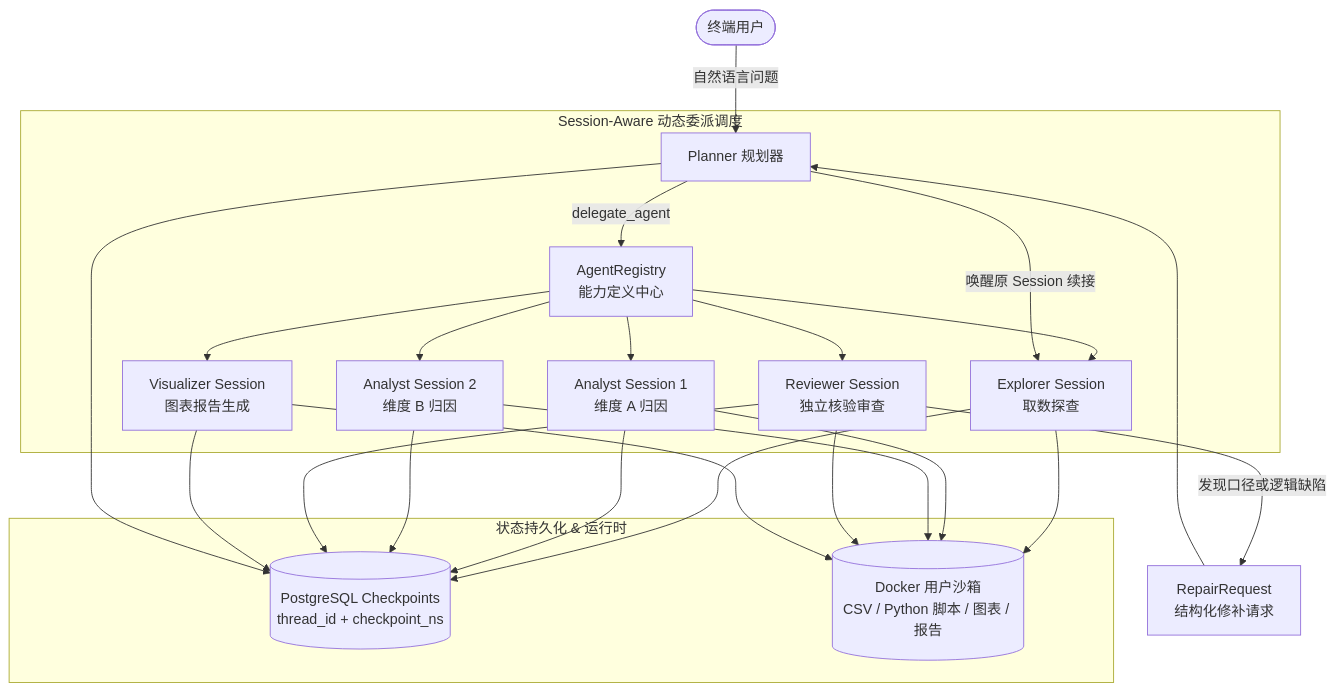
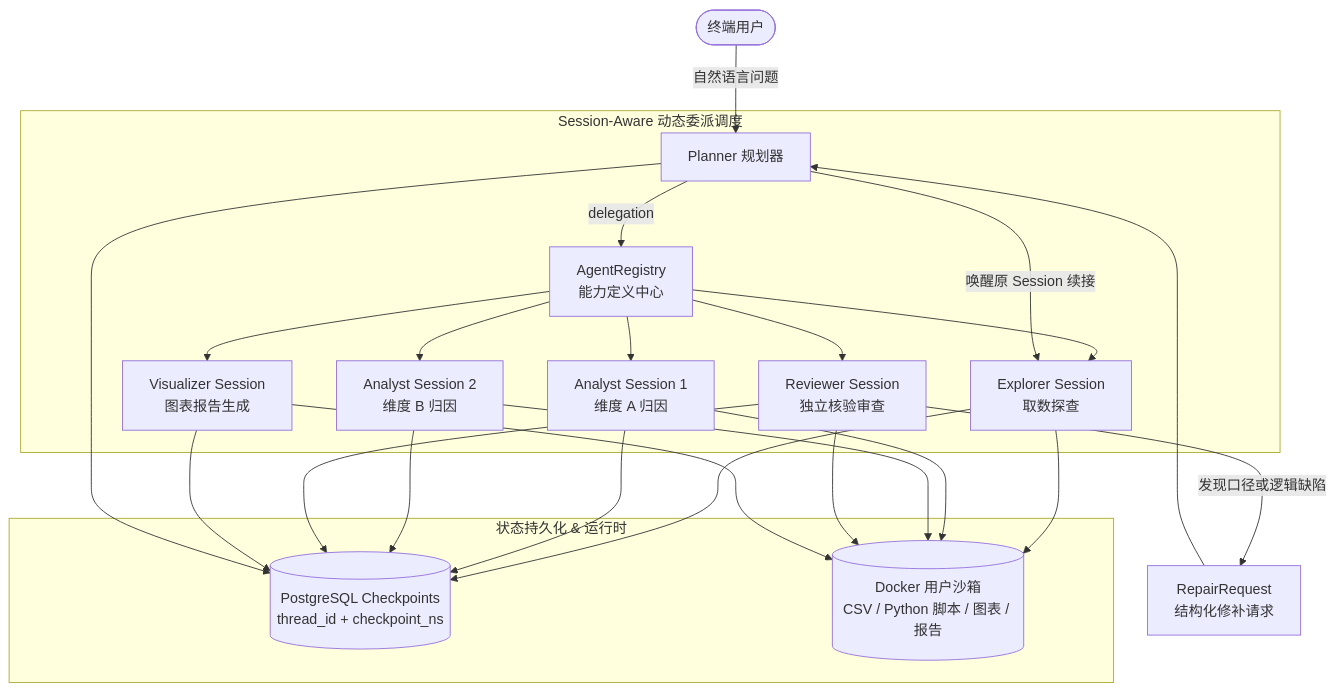
The diagram in docs/04_MULTI_AGENT_ANALYTICS.md (2739673455/dataagent), drawn with Mermaid before and after one commit. The commit also changed other lines of this file and 35 other files, not shown here.

````diff
--- a/docs/04_MULTI_AGENT_ANALYTICS.md
+++ b/docs/04_MULTI_AGENT_ANALYTICS.md
@@ -7,22 +7,22 @@
 ```mermaid
 flowchart TD
     User([终端用户]) -->|自然语言问题| Planner[Planner 规划器]
     
     subgraph Delegation [Session-Aware 动态委派调度]
-        Planner -->|delegate_agent| Reg[AgentRegistry\n能力定义中心]
+        Planner -->|delegation| Reg[AgentRegistry\n能力定义中心]
         Reg --> S1[Explorer Session\n取数探查]
         Reg --> S2[Analyst Session 1\n维度 A 归因]
         Reg --> S3[Analyst Session 2\n维度 B 归因]
         Reg --> S4[Reviewer Session\n独立核验审查]
         Reg --> S5[Visualizer Session\n图表报告生成]
     end
     
     subgraph Persistence [状态持久化 & 运行时]
         S1 & S2 & S3 & S4 & S5 & Planner --> Checkpoint[(PostgreSQL Checkpoints\nthread_id + checkpoint_ns)]
         S1 & S2 & S3 & S4 & S5 --> Sandbox[(Docker 用户沙箱\nCSV / Python 脚本 / 图表 / 报告)]
     end
     
     S4 -->|发现口径或逻辑缺陷| Repair[RepairRequest\n结构化修补请求]
     Repair --> Planner
     Planner -->|唤醒原 Session 续接| S1
 ```
````
